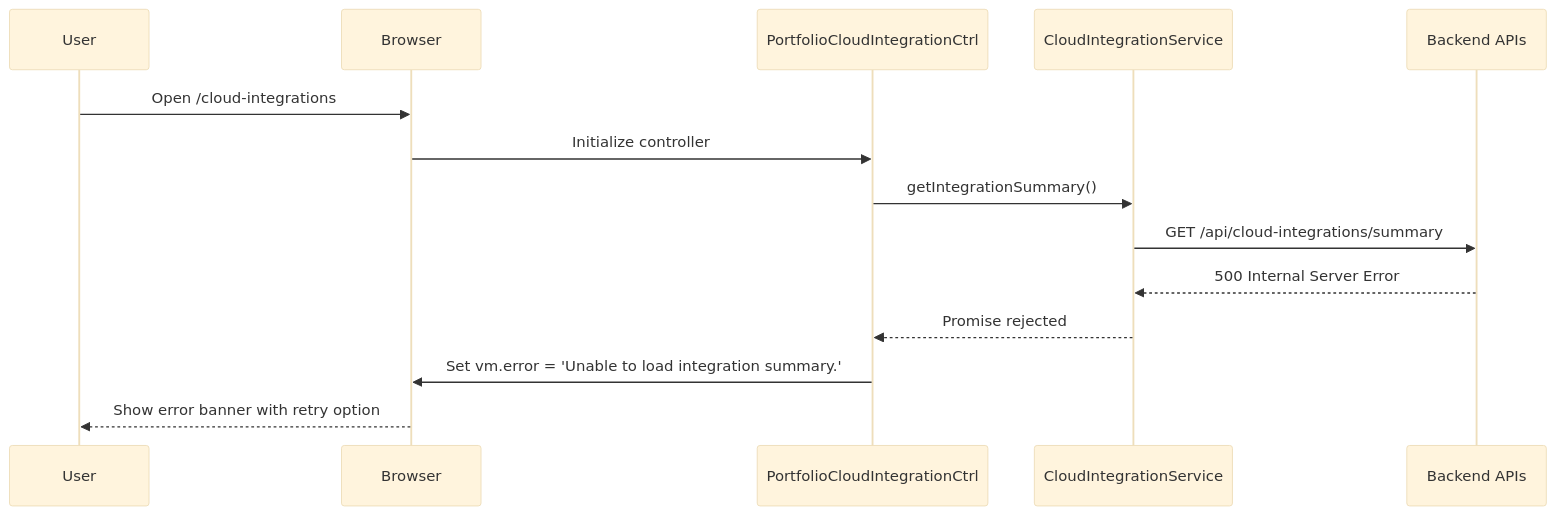
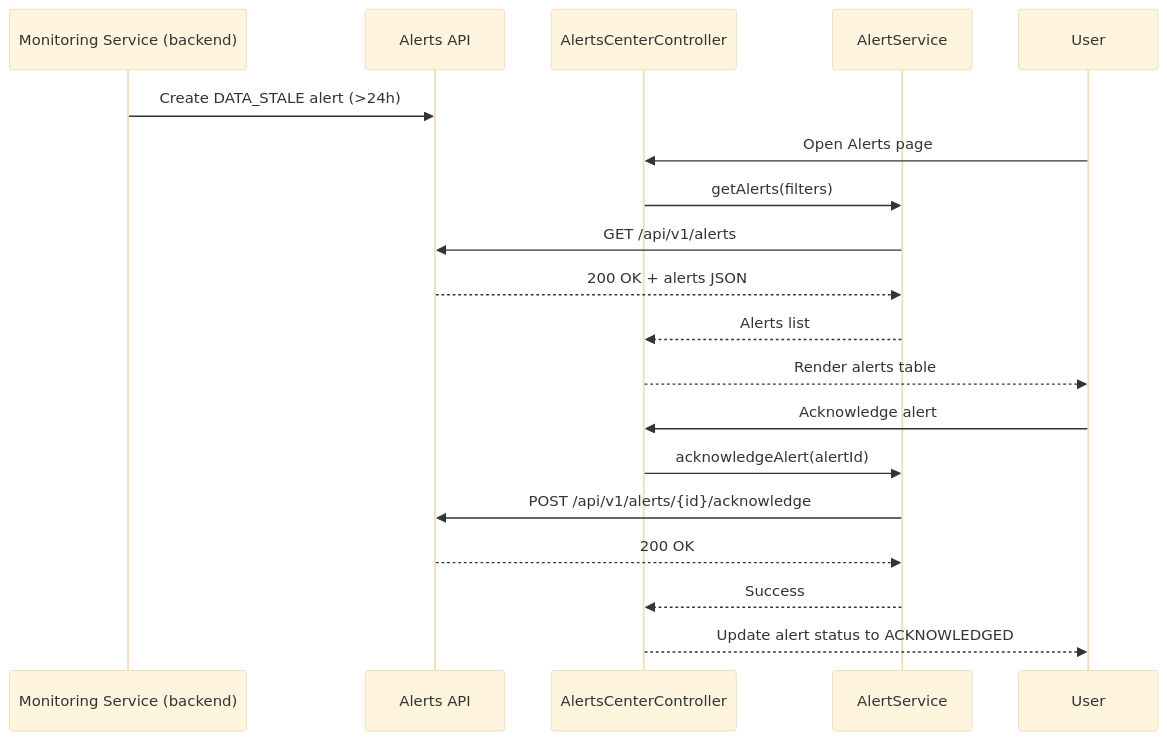
One commit to Davamani-git/APB_Demo changed the fourth of 4 diagrams in LLD/QE-4785_LLD.md. Above: the diagram before and after it, drawn with Mermaid (base theme). The commit also changed other lines of this file, not shown here.

````diff
--- a/LLD/QE-4785_LLD.md
+++ b/LLD/QE-4785_LLD.md
@@ -1150,17 +782,22 @@
 ```mermaid
 sequenceDiagram
-  participant User
-  participant Browser
-  participant PortfolioCtrl as PortfolioCloudIntegrationCtrl
-  participant CloudSvc as CloudIntegrationService
-  participant API as Backend APIs
+  participant Monitor as Monitoring Service (backend)
+  participant API as Alerts API
+  participant C as AlertsCenterController
+  participant S as AlertService
+  participant U as User
 
-  User->>Browser: Open /cloud-integrations
-  Browser->>PortfolioCtrl: Initialize controller
-  PortfolioCtrl->>CloudSvc: getIntegrationSummary()
-  CloudSvc->>API: GET /api/cloud-integrations/summary
-  API-->>CloudSvc: 500 Internal Server Error
-  CloudSvc-->>PortfolioCtrl: Promise rejected
-  PortfolioCtrl->>Browser: Set vm.error = 'Unable to load integration summary.'
-  Browser-->>User: Show error banner with retry option
+  Monitor->>API: Create DATA_STALE alert (>24h)
+  U->>C: Open Alerts page
+  C->>S: getAlerts(filters)
+  S->>API: GET /api/v1/alerts
+  API-->>S: 200 OK + alerts JSON
+  S-->>C: Alerts list
+  C-->>U: Render alerts table
+  U->>C: Acknowledge alert
+  C->>S: acknowledgeAlert(alertId)
+  S->>API: POST /api/v1/alerts/{id}/acknowledge
+  API-->>S: 200 OK
+  S-->>C: Success
+  C-->>U: Update alert status to ACKNOWLEDGED
 ```
````
